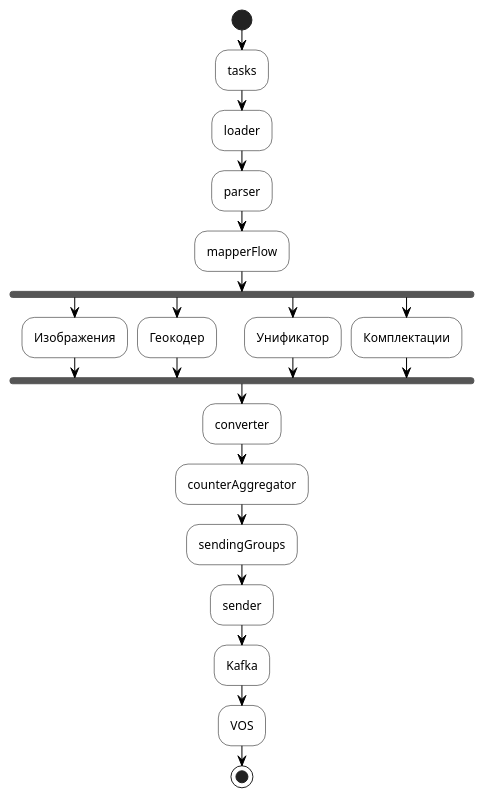
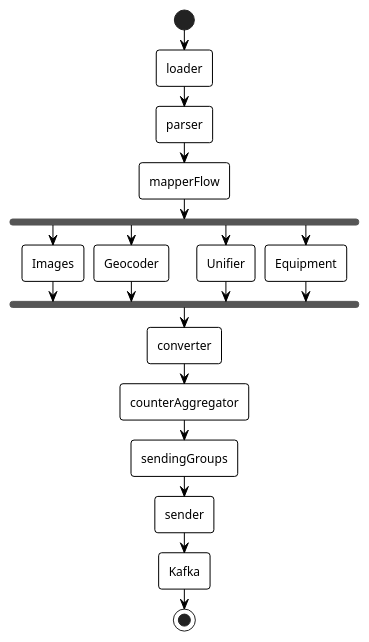
The diagram in 4 year/ВКР/Диплом/res/diagrams/feedprocessor-pipeline.puml (Azat2202/itmo-labs), drawn with PlantUML before and after one commit. The commit also changed 6 other files, not shown here.

```diff
--- a/4 year/ВКР/Диплом/res/diagrams/feedprocessor-pipeline.puml
+++ b/4 year/ВКР/Диплом/res/diagrams/feedprocessor-pipeline.puml
@@ -1,36 +1,58 @@
 @startuml feedprocessor-pipeline
-skinparam defaultFontName "Times New Roman"
-skinparam defaultFontSize 12
-skinparam ActivityFontSize 12
-skinparam nodesep 6
-skinparam ranksep 10
-skinparam padding 2
-skinparam shadowing false
-skinparam ActivityBackgroundColor #FFFFFF
-skinparam ActivityBorderColor #000000
-skinparam ActivityDiamondBackgroundColor #FFFFFF
-skinparam ActivityDiamondBorderColor #000000
-skinparam ArrowColor #000000
+
+<style>
+root {
+  FontName "Times New Roman"
+  FontSize 12
+}
+activityDiagram {
+  activity {
+    BackgroundColor white
+    LineColor black
+    LineThickness 1
+    RoundCorner 6
+  }
+  diamond {
+    BackgroundColor white
+    LineColor black
+    LineThickness 1
+  }
+  arrow {
+    LineColor black
+    LineThickness 1
+  }
+  barrier {
+    LineColor black
+    LineThickness 0.5
+    BackgroundColor black
+  }
+  note {
+    BackgroundColor white
+    LineColor black
+  }
+  partition {
+    LineColor black
+  }
+}
+</style>
 
 start
-:tasks;
 :loader;
 :parser;
 :mapperFlow;
 fork
-  :Изображения;
+  :Images;
 fork again
-  :Геокодер;
+  :Geocoder;
 fork again
-  :Унификатор;
+  :Unifier;
 fork again
-  :Комплектации;
+  :Equipment;
 end fork
 :converter;
 :counterAggregator;
 :sendingGroups;
 :sender;
 :Kafka;
-:VOS;
 stop
 @enduml
```
